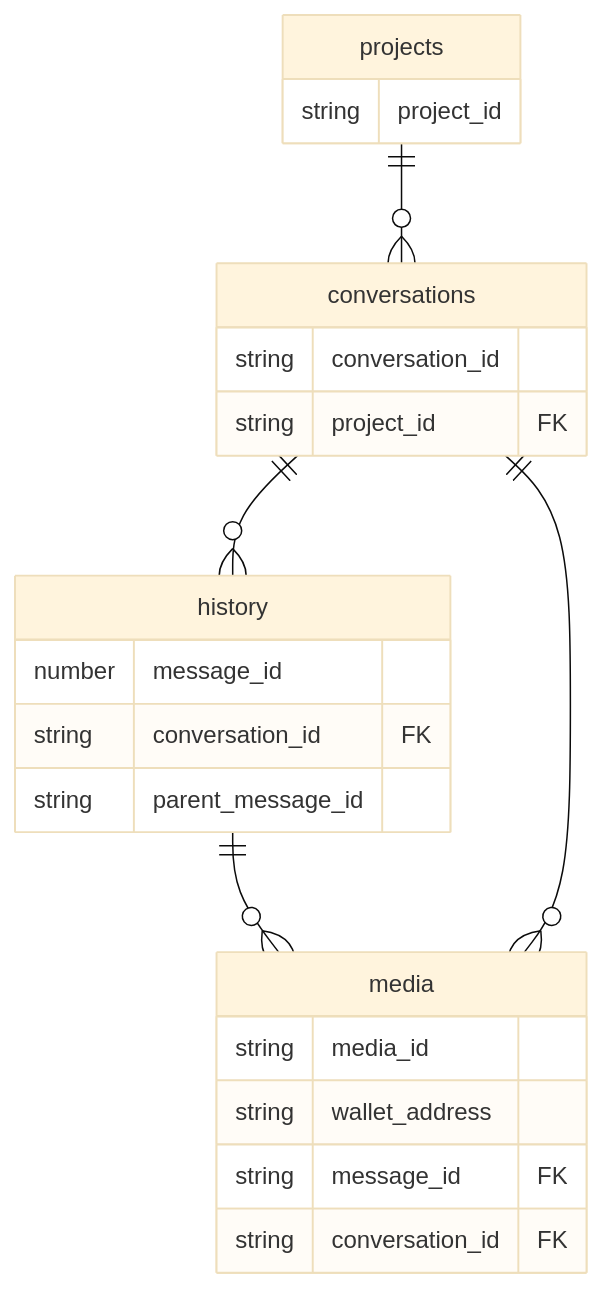
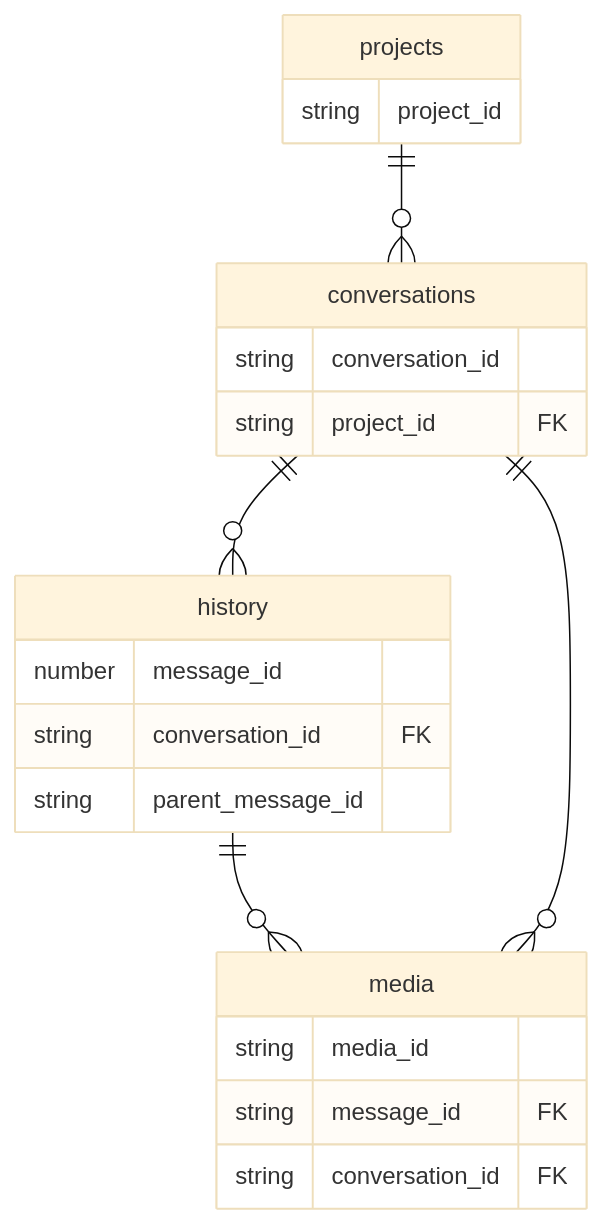
The diagram in docs/schema.md (anuma-ai/sdk), drawn with Mermaid (base theme) before and after one commit. The commit also changed 1 other file, not shown here.

Commit message:
fix: remove wallet_address from ER diagram key columns
Only show _id columns and actual FKs in the diagram entities,
since wallet_address is a scoping field, not a relationship key.

````diff
--- a/docs/schema.md
+++ b/docs/schema.md
@@ -5,25 +5,24 @@
 ```mermaid
 erDiagram
     history {
         number message_id
         string conversation_id FK
         string parent_message_id
     }
     conversations {
         string conversation_id
         string project_id FK
     }
     projects {
         string project_id
     }
     media {
         string media_id
-        string wallet_address
         string message_id FK
         string conversation_id FK
     }
     conversations ||--o{ history : ""
     history ||--o{ media : ""
     projects ||--o{ conversations : ""
     conversations ||--o{ media : ""
 ```
````
